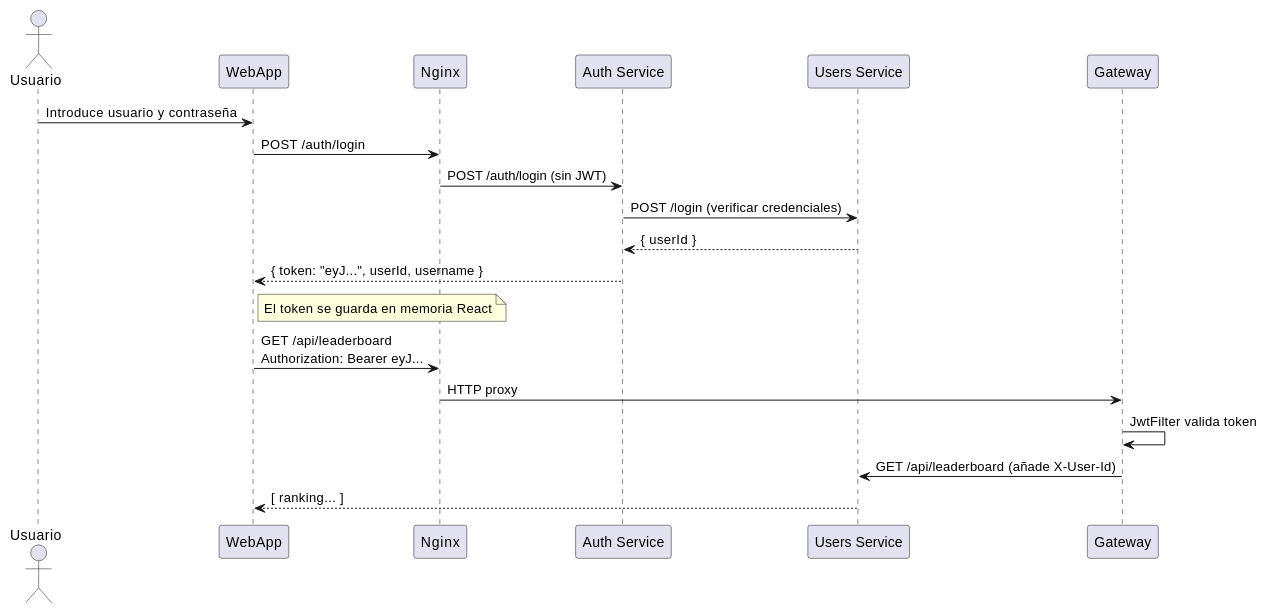
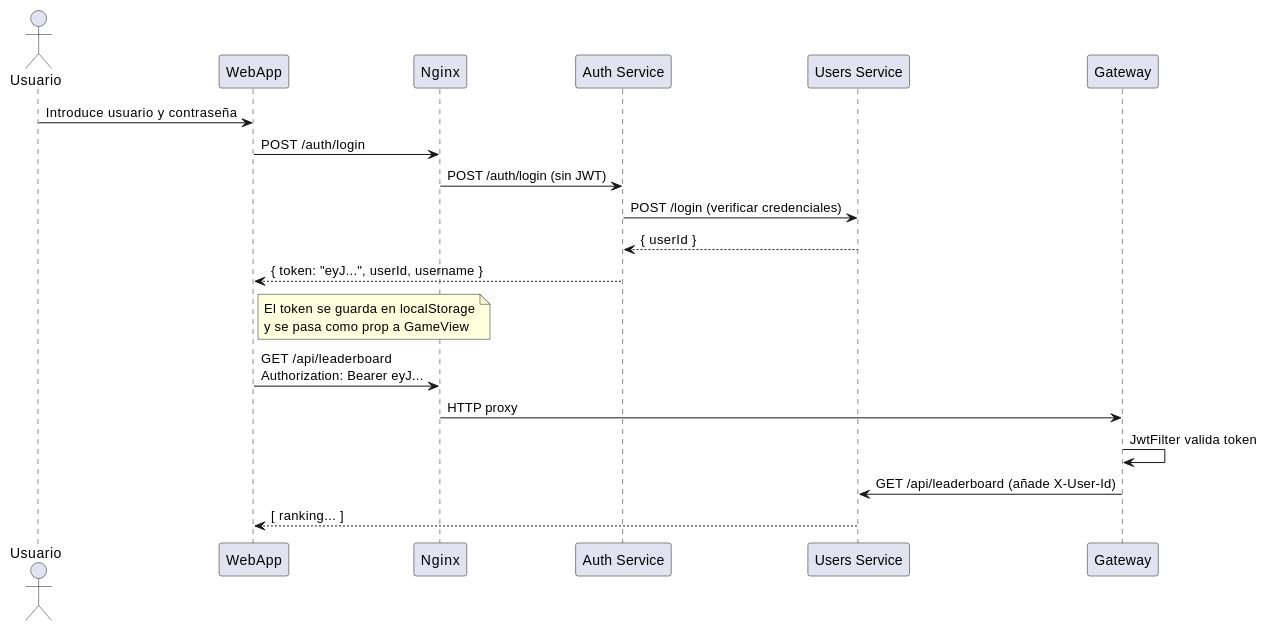
One commit to Arquisoft/yovi_es4c changed the second of 3 diagrams in docs/src/05_building_block_view.adoc. Above: the diagram before and after it, drawn with PlantUML. The commit also changed other lines of this file and 2 other files, not shown here.

```diff
--- a/docs/src/05_building_block_view.adoc
+++ b/docs/src/05_building_block_view.adoc
@@ -199,25 +198,25 @@
 [plantuml, jwt-flow, png]
 ----
 @startuml
 actor Usuario
 participant "WebApp" as WA
 participant "Nginx" as NG
 participant "Auth Service" as AS
 participant "Users Service" as US
 participant "Gateway" as GW
 
 Usuario -> WA: Introduce usuario y contraseña
 WA -> NG: POST /auth/login
 NG -> AS: POST /auth/login (sin JWT)
 AS -> US: POST /login (verificar credenciales)
 US --> AS: { userId }
 AS --> WA: { token: "eyJ...", userId, username }
-note right of WA: El token se guarda en memoria React
+note right of WA: El token se guarda en localStorage\ny se pasa como prop a GameView
 
 WA -> NG: GET /api/leaderboard\nAuthorization: Bearer eyJ...
 NG -> GW: HTTP proxy
 GW -> GW: JwtFilter valida token
 GW -> US: GET /api/leaderboard (añade X-User-Id)
 US --> WA: [ ranking... ]
 @enduml
 ----
```
